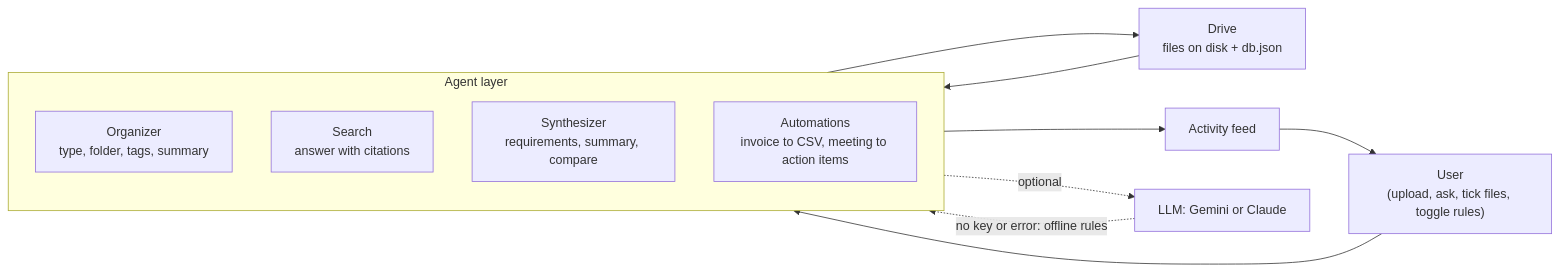
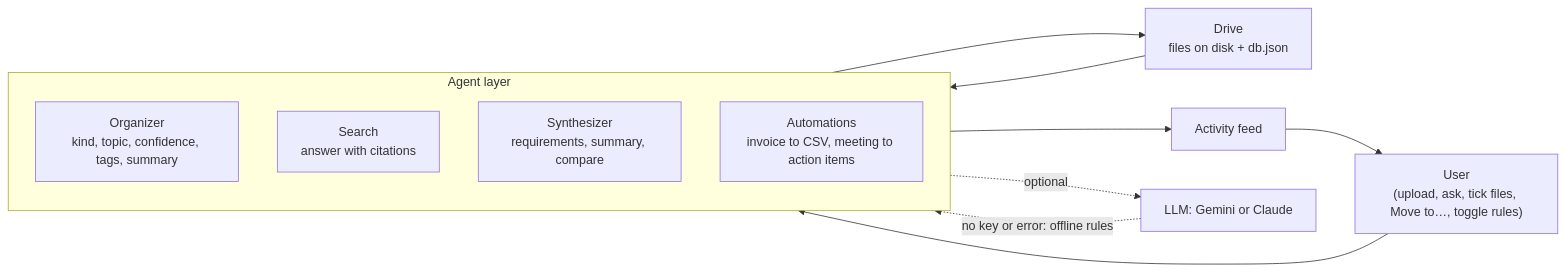
One commit to Aneeq914/agentic-drive changed the diagram in BRAINSTORMING.md. Above: the diagram before and after it, drawn with Mermaid. The commit also changed other lines of this file and 15 other files, not shown here.

````diff
--- a/BRAINSTORMING.md
+++ b/BRAINSTORMING.md
@@ -76,19 +82,19 @@
 ```mermaid
 flowchart LR
-    U["User<br/>(upload, ask, tick files, toggle rules)"] --> A
+    U["User<br/>(upload, ask, tick files, Move to…, toggle rules)"] --> A
 
     subgraph A["Agent layer"]
-        O["Organizer<br/>type, folder, tags, summary"]
+        O["Organizer<br/>kind, topic, confidence, tags, summary"]
         S["Search<br/>answer with citations"]
         Y["Synthesizer<br/>requirements, summary, compare"]
         W["Automations<br/>invoice to CSV, meeting to action items"]
     end
 
     A --> D["Drive<br/>files on disk + db.json"]
     D --> A
     A --> F["Activity feed"]
     F --> U
 
     A -. "optional" .-> L["LLM: Gemini or Claude"]
     L -. "no key or error: offline rules" .-> A
 ```
````
